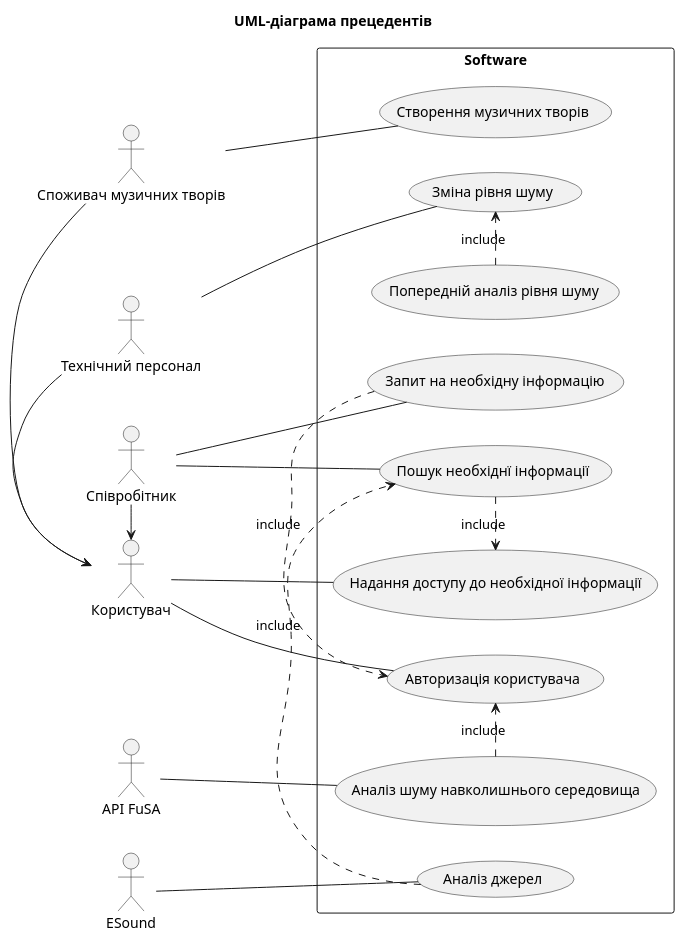
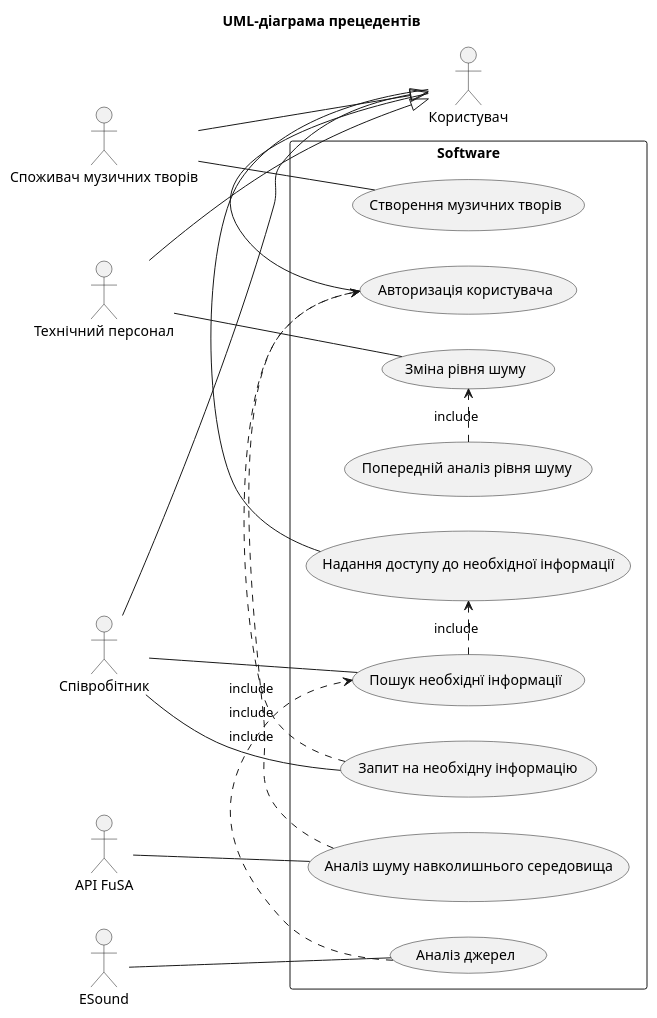
The diagram in 2-SoftwareDesign/2.7-PlantUML/UML-UseCase.puml (oleksandrblazhko/ai-213-hrushov), drawn with PlantUML before and after one commit.

```diff
--- a/2-SoftwareDesign/2.7-PlantUML/UML-UseCase.puml
+++ b/2-SoftwareDesign/2.7-PlantUML/UML-UseCase.puml
@@ -1,57 +1,57 @@
 @startuml
 
 title UML-діаграма прецедентів
 
 left to right direction
 
 actor "Споживач музичних творів" as actor1
 actor "Технічний персонал" as actor2
 actor "Користувач" as actor3
 actor "Співробітник" as actor4
 actor "API FuSA" as actor5
 actor "ESound" as actor6
 
 rectangle Software {
 
 usecase "Створення музичних творів" as usecase1
 usecase "Аналіз шуму навколишнього середовища" as usecase2
 usecase "Авторизація користувача" as usecase3
 usecase "Запит на необхідну інформацію" as usecase4
 usecase "Зміна рівня шуму" as usecase5
 usecase "Попередній аналіз рівня шуму" as usecase6
 usecase "Аналіз джерел" as usecase7
 usecase "Пошук необхіднї інформації" as usecase8
 usecase "Надання доступу до необхідної інформації" as usecase9
 
 actor3 -- usecase3 
 actor1 --  usecase1 
 actor5 --  usecase2 
 actor2 -- usecase5  
 usecase2 .> usecase3 : include
 usecase4 .> usecase3 : include
 usecase6 .> usecase5 : include
 actor6 -- usecase7
 actor4 -- usecase8
 usecase9 -- actor3
 usecase7 .> usecase8 : include
 usecase8 .> usecase9 : include
 actor4 -- usecase4
 
 
 
 
 
 
 
 
-actor1 -> actor3
-actor2 -> actor3
-actor4 -> actor3
+actor1 --|> actor3
+actor2 --|> actor3
+actor4 --|> actor3
 
 }
 
 
 
 
 
 @enduml
```
